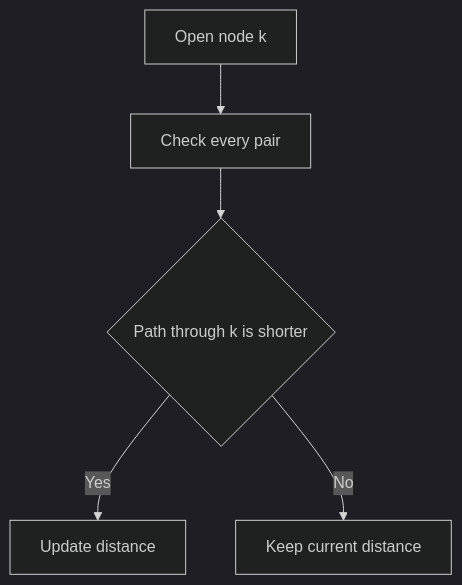
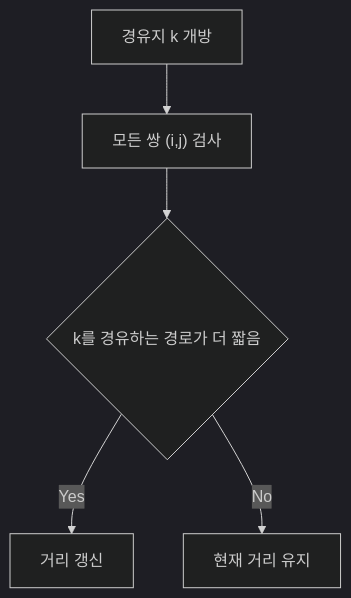
The first of 2 diagrams in _posts/algorithm/2026-03-07-floyd-warshall.md (mandoobox/mandoobox.github.io), drawn with Mermaid (dark theme) before and after one commit. The commit also changed 24 other files, not shown here.

Commit message:
feat: mermaid kr

````diff
--- a/_posts/algorithm/2026-03-07-floyd-warshall.md
+++ b/_posts/algorithm/2026-03-07-floyd-warshall.md
@@ -77,7 +77,7 @@
 ```mermaid
 flowchart TD
-    A["Open node k"] --> B["Check every pair"]
-    B --> C{"Path through k is shorter"}
-    C -->|Yes| D["Update distance"]
-    C -->|No| E["Keep current distance"]
+    A["경유지 k 개방"] --> B["모든 쌍 (i,j) 검사"]
+    B --> C{"k를 경유하는 경로가 더 짧음"}
+    C -->|Yes| D["거리 갱신"]
+    C -->|No| E["현재 거리 유지"]
 ```
````
